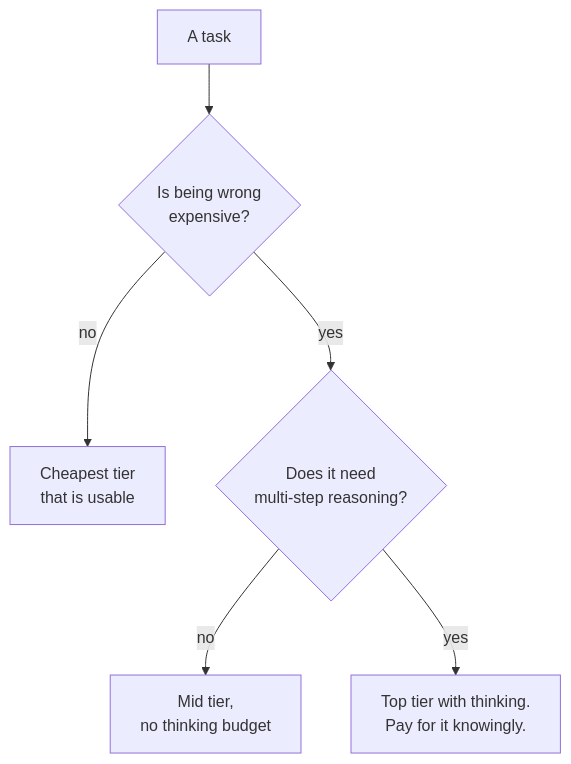
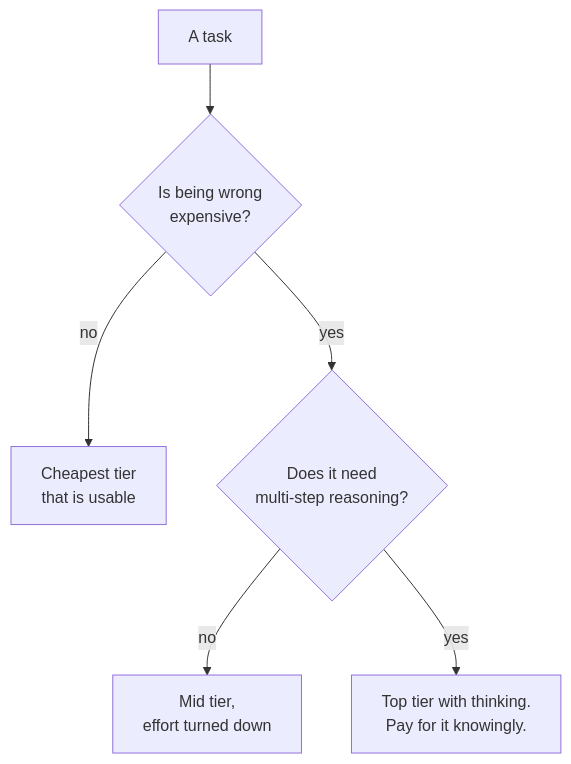
Before and after one commit to riddam/riddam.github.io: the second of 2 diagrams in src/content/engineering/reading-a-model-card-without-guessing.md, drawn with Mermaid. The commit also changed other lines of this file, not shown here.

First line of the commit message:
1.6 review fixes: say effort, not a budget that no longer exists

````diff
--- a/src/content/engineering/reading-a-model-card-without-guessing.md
+++ b/src/content/engineering/reading-a-model-card-without-guessing.md
@@ -482,8 +478,8 @@
 ```mermaid
 flowchart TD
   T["A task"] --> A{"Is being wrong<br/>expensive?"}
   A -- "no" --> F["Cheapest tier<br/>that is usable"]
   A -- "yes" --> B{"Does it need<br/>multi-step reasoning?"}
-  B -- "no" --> M["Mid tier,<br/>no thinking budget"]
+  B -- "no" --> M["Mid tier,<br/>effort turned down"]
   B -- "yes" --> R["Top tier with thinking.<br/>Pay for it knowingly."]
 ```
````
